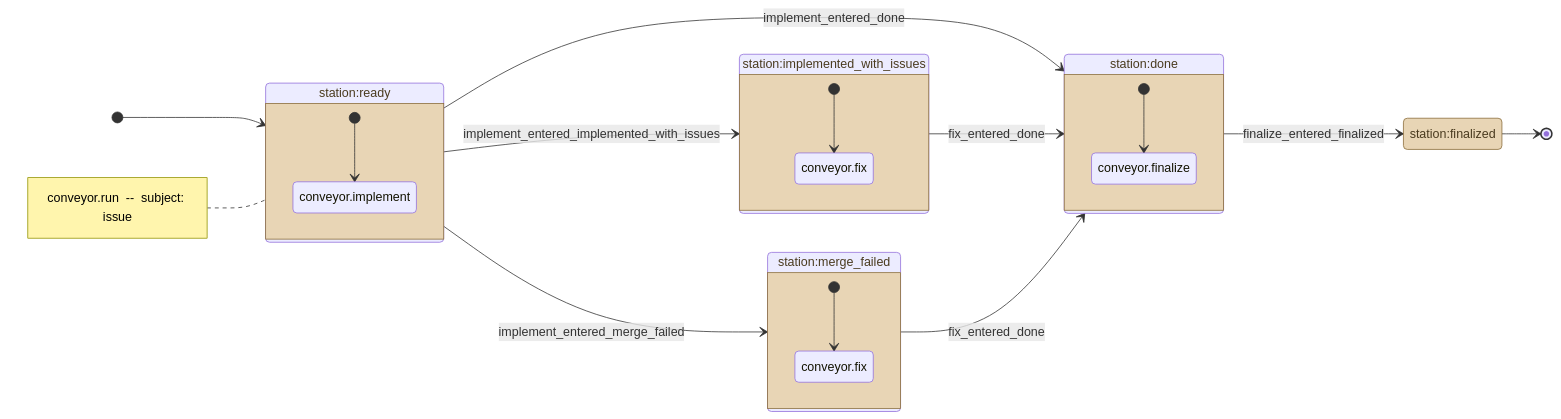
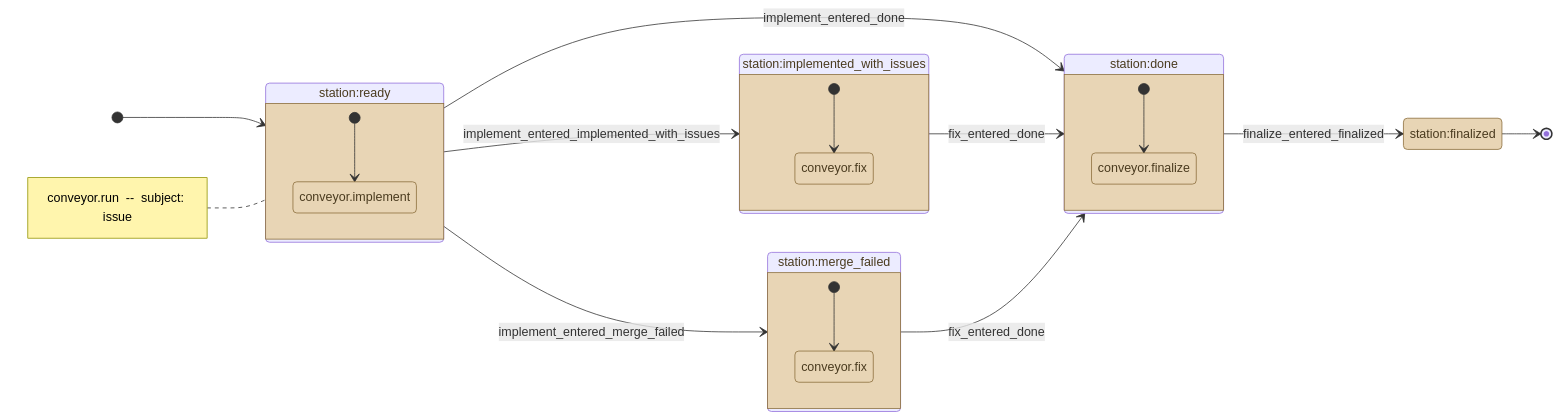
Before and after one commit to kostiantyn-matsebora/agent-ops-operator: the diagram in .github/conveyor-model/mermaid/conveyor_run.mmd, drawn with Mermaid. The commit also changed 14 other files, not shown here.

```diff
--- a/.github/conveyor-model/mermaid/conveyor_run.mmd
+++ b/.github/conveyor-model/mermaid/conveyor_run.mmd
@@ -1,37 +1,40 @@
 stateDiagram-v2
     direction LR
     [*] --> station_ready
     note left of station_ready
         conveyor.run  --  subject: issue
     end note
     classDef stationState fill:#e8d5b5,stroke:#8a6d3b,color:#4a3b1f
-    classDef loopState fill:#c9e4de,stroke:#2f6b5e,color:#1a3b33
     state "station:ready" as station_ready
     state "station:implemented_with_issues" as station_implemented_with_issues
     state "station:merge_failed" as station_merge_failed
     state "station:done" as station_done
     state "station:finalized" as station_finalized
     station_ready --> station_done : implement_entered_done
     station_ready --> station_implemented_with_issues : implement_entered_implemented_with_issues
     station_ready --> station_merge_failed : implement_entered_merge_failed
     station_implemented_with_issues --> station_done : fix_entered_done
     station_merge_failed --> station_done : fix_entered_done
     station_done --> station_finalized : finalize_entered_finalized
     station_finalized --> [*]
     class station_ready, station_implemented_with_issues, station_merge_failed, station_done, station_finalized stationState
     state station_ready {
         [*] --> station_ready__conveyor_implement
         state "conveyor.implement" as station_ready__conveyor_implement
     }
+    class station_ready__conveyor_implement stationState
     state station_implemented_with_issues {
         [*] --> station_implemented_with_issues__conveyor_fix
         state "conveyor.fix" as station_implemented_with_issues__conveyor_fix
     }
+    class station_implemented_with_issues__conveyor_fix stationState
     state station_merge_failed {
         [*] --> station_merge_failed__conveyor_fix
         state "conveyor.fix" as station_merge_failed__conveyor_fix
     }
+    class station_merge_failed__conveyor_fix stationState
     state station_done {
         [*] --> station_done__conveyor_finalize
         state "conveyor.finalize" as station_done__conveyor_finalize
     }
+    class station_done__conveyor_finalize stationState
```
